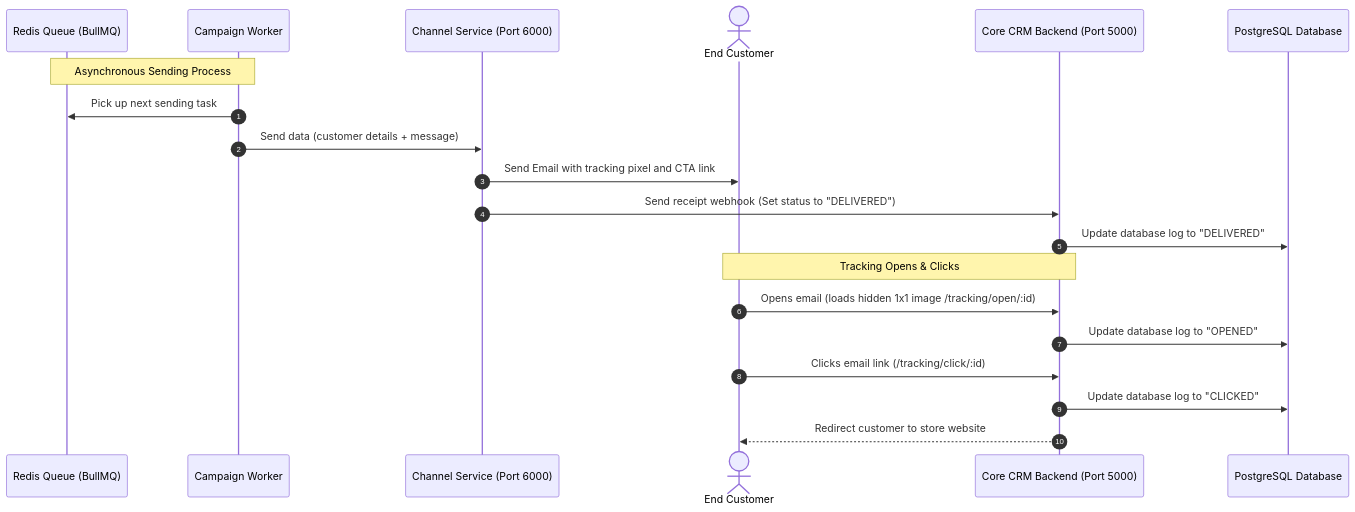
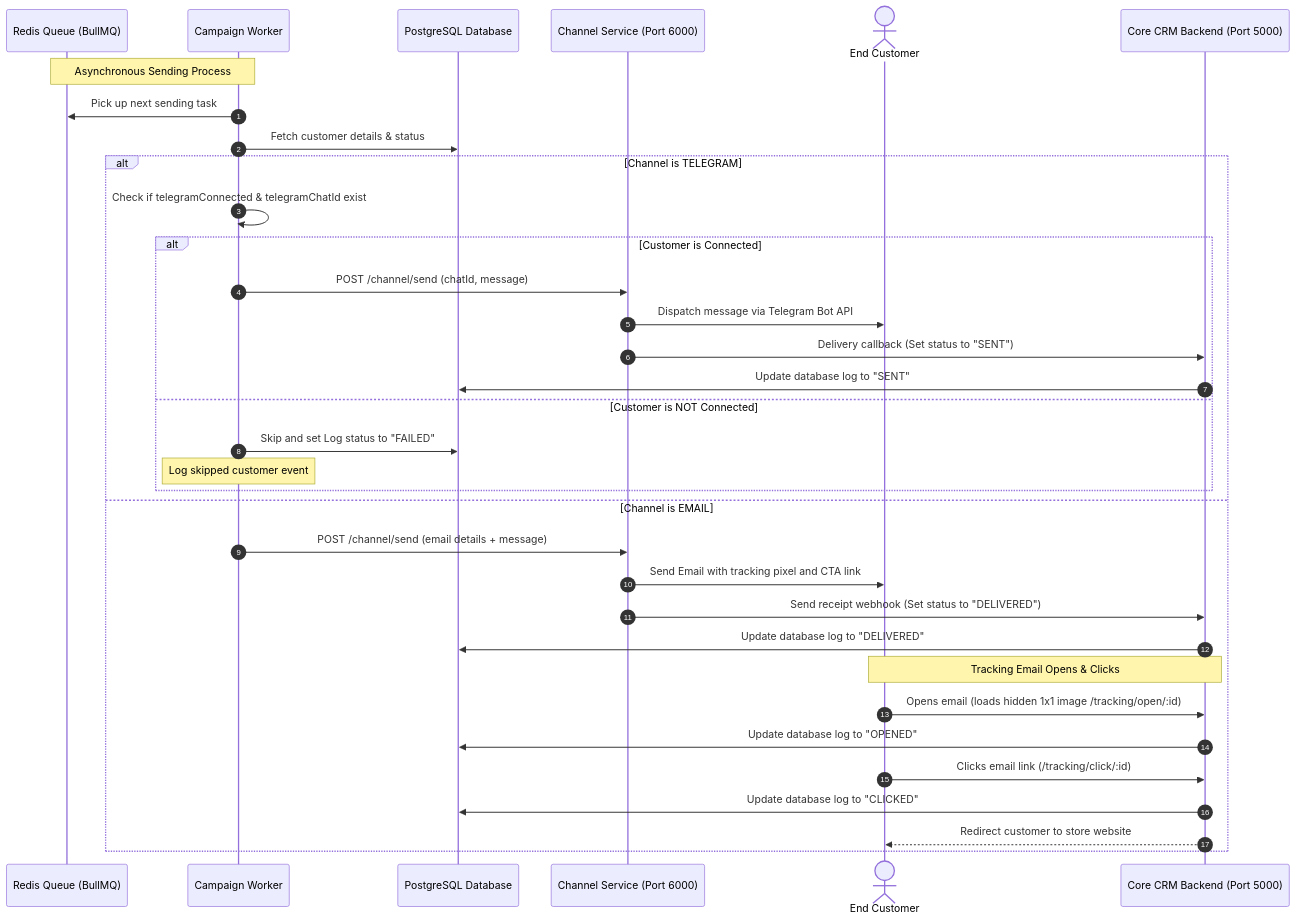
Before and after one commit to Tarunpathak001/EngageOS: the second of 4 diagrams in README.md, drawn with Mermaid. The commit also changed other lines of this file, not shown here.

Commit message:
feat: final updation of readme before deploy

````diff
--- a/README.md
+++ b/README.md
@@ -237,24 +237,39 @@
 ```mermaid
 sequenceDiagram
     autonumber
     participant Redis as Redis Queue (BullMQ)
     participant Worker as Campaign Worker
+    participant DB as PostgreSQL Database
     participant Channel as Channel Service (Port 6000)
     actor Cust as End Customer
     participant Backend as Core CRM Backend (Port 5000)
-    participant DB as PostgreSQL Database
 
     Note over Worker, Redis: Asynchronous Sending Process
     Worker->>Redis: Pick up next sending task
-    Worker->>Channel: Send data (customer details + message)
-    Channel->>Cust: Send Email with tracking pixel and CTA link
-    Channel->>Backend: Send receipt webhook (Set status to "DELIVERED")
-    Backend->>DB: Update database log to "DELIVERED"
-    
-    Note over Cust, Backend: Tracking Opens & Clicks
-    Cust->>Backend: Opens email (loads hidden 1x1 image /tracking/open/:id)
-    Backend->>DB: Update database log to "OPENED"
-    Cust->>Backend: Clicks email link (/tracking/click/:id)
-    Backend->>DB: Update database log to "CLICKED"
-    Backend-->>Cust: Redirect customer to store website
+    Worker->>DB: Fetch customer details & status
+
+    alt Channel is TELEGRAM
+        Worker->>Worker: Check if telegramConnected & telegramChatId exist
+        alt Customer is Connected
+            Worker->>Channel: POST /channel/send (chatId, message)
+            Channel->>Cust: Dispatch message via Telegram Bot API
+            Channel->>Backend: Delivery callback (Set status to "SENT")
+            Backend->>DB: Update database log to "SENT"
+        else Customer is NOT Connected
+            Worker->>DB: Skip and set Log status to "FAILED"
+            Note over Worker: Log skipped customer event
+        end
+    else Channel is EMAIL
+        Worker->>Channel: POST /channel/send (email details + message)
+        Channel->>Cust: Send Email with tracking pixel and CTA link
+        Channel->>Backend: Send receipt webhook (Set status to "DELIVERED")
+        Backend->>DB: Update database log to "DELIVERED"
+        
+        Note over Cust, Backend: Tracking Email Opens & Clicks
+        Cust->>Backend: Opens email (loads hidden 1x1 image /tracking/open/:id)
+        Backend->>DB: Update database log to "OPENED"
+        Cust->>Backend: Clicks email link (/tracking/click/:id)
+        Backend->>DB: Update database log to "CLICKED"
+        Backend-->>Cust: Redirect customer to store website
+    end
 ```
````
